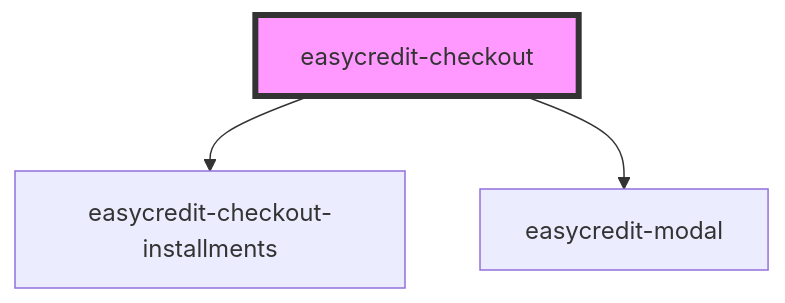
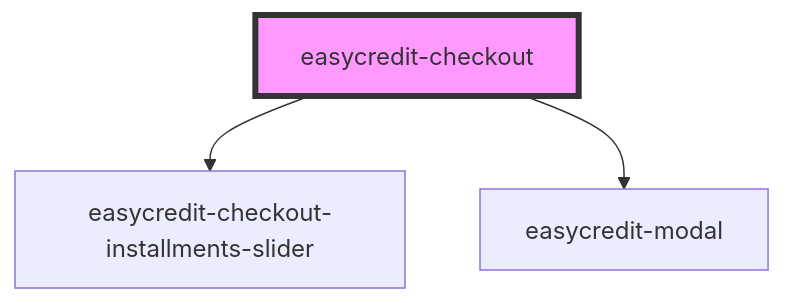
Before and after one commit to teambank/easycredit-webcomponents: the diagram in src/components/easycredit-checkout/readme.md, drawn with Mermaid. The commit also changed other lines of this file and 6 other files, not shown here.

Commit message:
installments slider implementation (draft)

````diff
--- a/src/components/easycredit-checkout/readme.md
+++ b/src/components/easycredit-checkout/readme.md
@@ -27,6 +27,6 @@
 ```mermaid
 graph TD;
-  easycredit-checkout --> easycredit-checkout-installments
+  easycredit-checkout --> easycredit-checkout-installments-slider
   easycredit-checkout --> easycredit-modal
   style easycredit-checkout fill:#f9f,stroke:#333,stroke-width:4px
 ```
````
